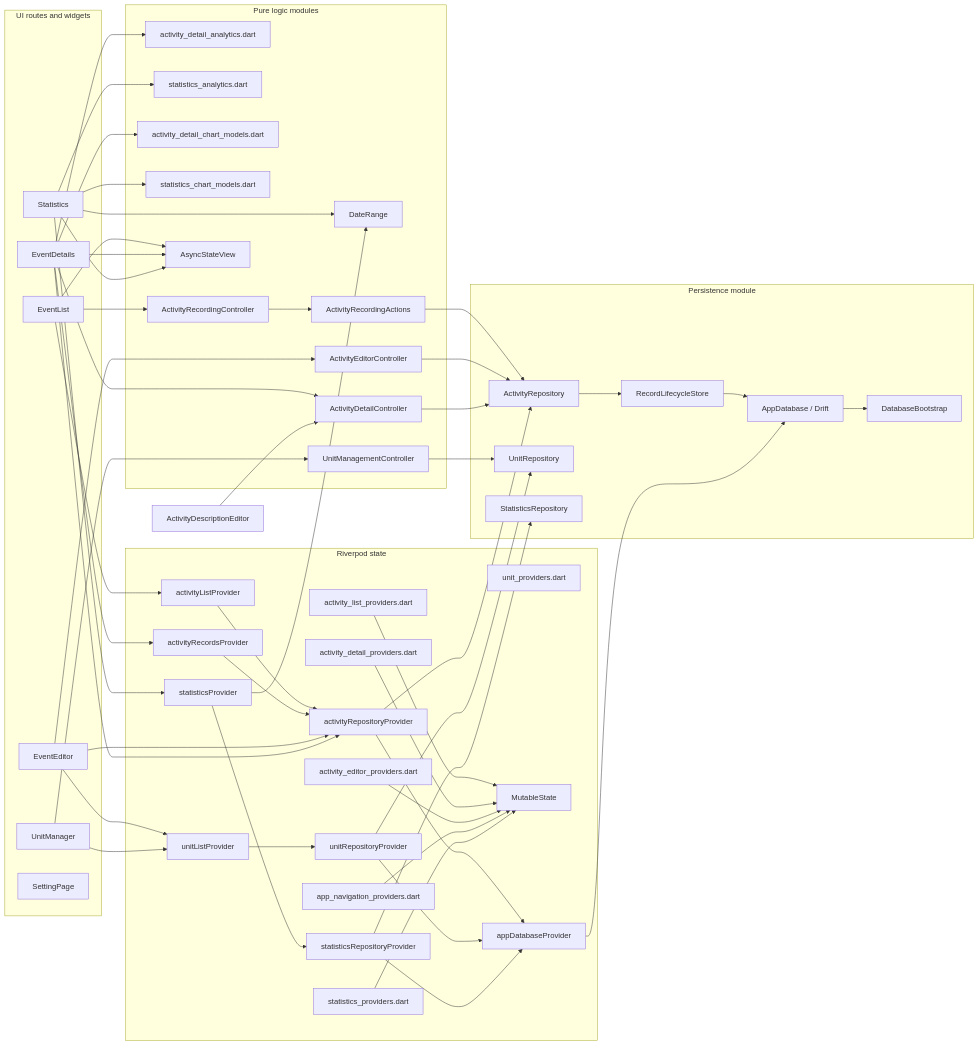
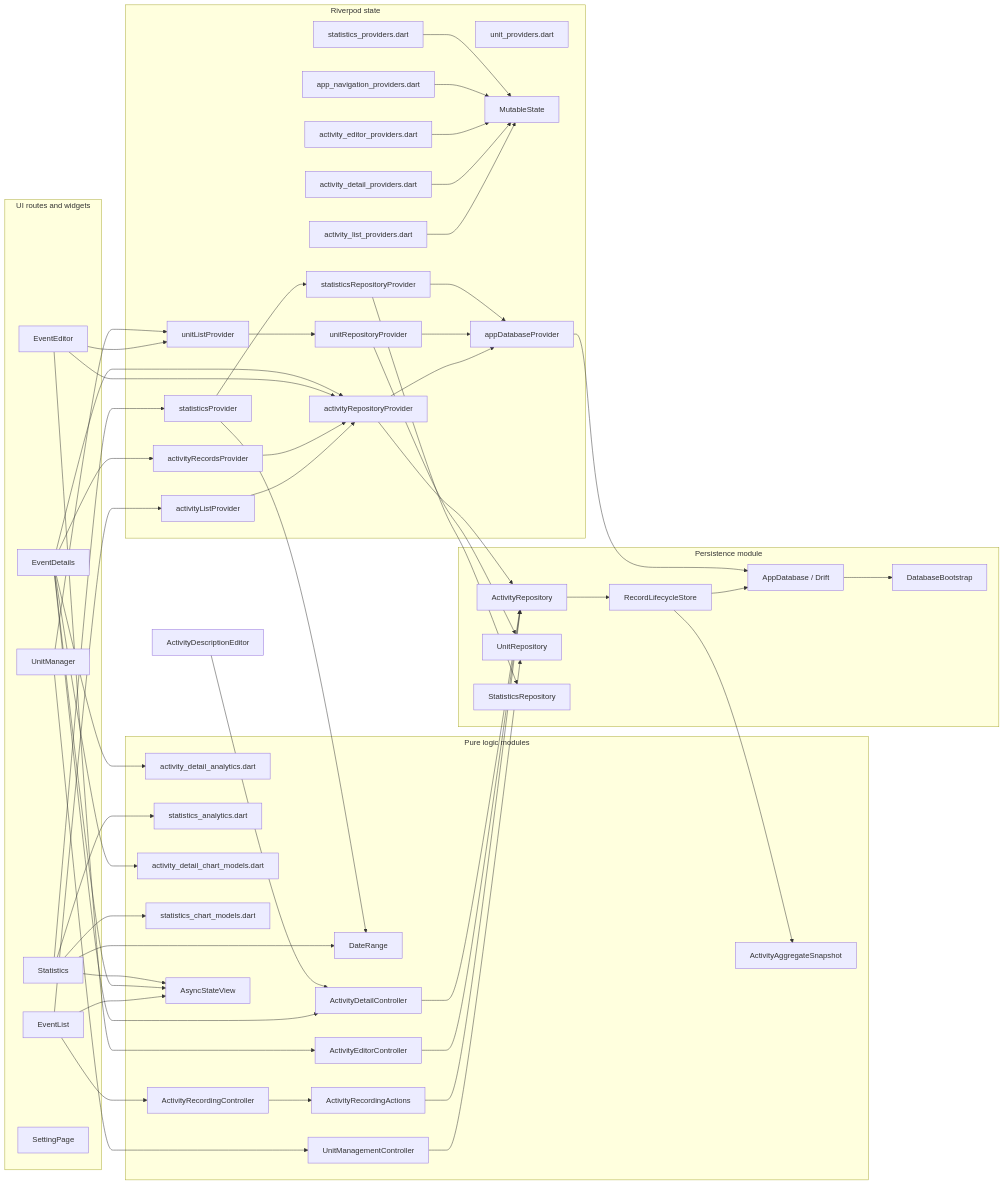
The first of 6 diagrams in docs/architecture/module-flow.md (Guoyuer/eventTracker), drawn with Mermaid before and after one commit. The commit also changed 7 other files, not shown here.

```diff
--- a/docs/architecture/module-flow.md
+++ b/docs/architecture/module-flow.md
@@ -26,6 +26,7 @@
     ActivityEditorController["ActivityEditorController"]
     ActivityDetailController["ActivityDetailController"]
     UnitManagementController["UnitManagementController"]
+    ActivityAggregateSnapshot["ActivityAggregateSnapshot"]
     AsyncStateView["AsyncStateView"]
   end
 
@@ -73,6 +74,7 @@
   ActivityEditorController --> ActivityRepository
   ActivityDetailController --> ActivityRepository
   UnitManagementController --> UnitRepository
+  RecordLifecycleStore --> ActivityAggregateSnapshot
   ActivityListProvider --> ActivityRepositoryProvider
   EventDetails --> ActivityRecordsProvider
   EventDetails --> AsyncStateView
```
